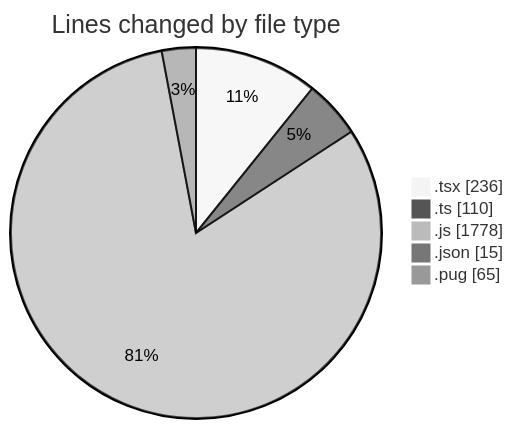
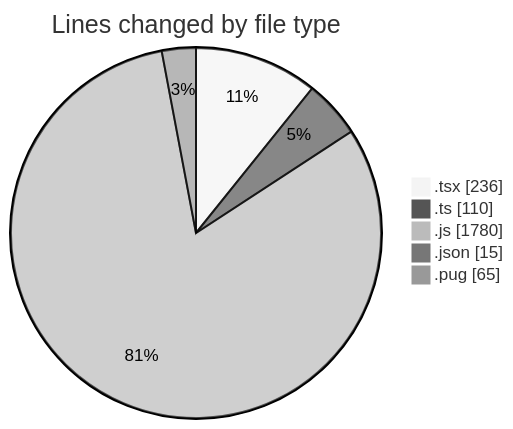
The first of 2 diagrams in 2025-03-24/cda/README.md (momahboobian/code-tracking), drawn with Mermaid (neutral theme) before and after one commit. The commit also changed other lines of this file and 1 other file, not shown here.

````diff
--- a/2025-03-24/cda/README.md
+++ b/2025-03-24/cda/README.md
@@ -30,9 +30,9 @@
 ```mermaid
 pie showData
 title Lines changed by file type
 ".tsx" : 236
 ".ts" : 110
-".js" : 1778
+".js" : 1780
 ".json" : 15
 ".pug" : 65
 ```
````
